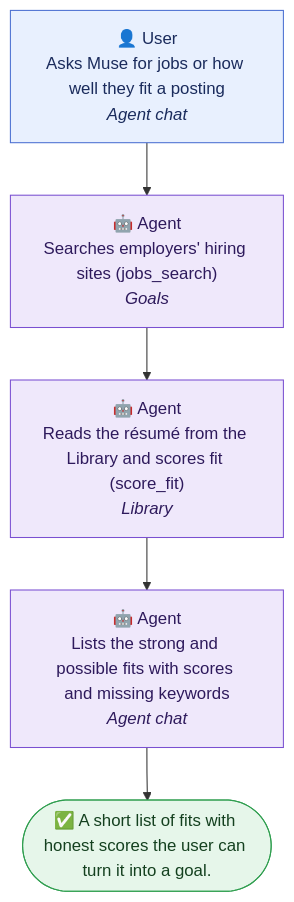
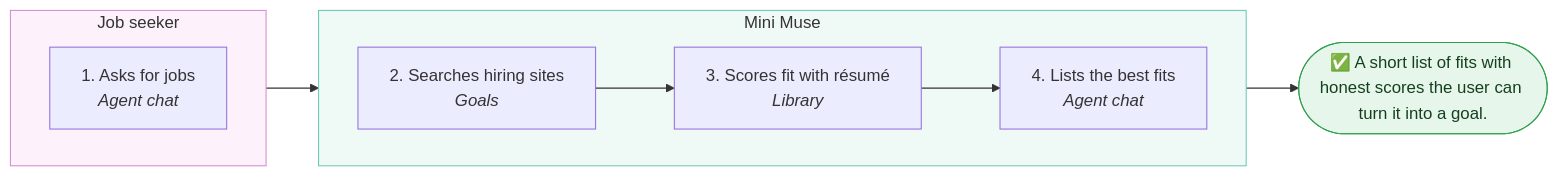
One commit to lngsa1234/mini-muse-mvp changed the second of 6 diagrams in docs/product/baseline.md. Above: the diagram before and after it, drawn with Mermaid. The commit also changed other lines of this file and 1 other file, not shown here.

First line of the commit message:
docs: journeys as swimlanes in the product baseline (AgentForge plugin 0.4.2)

````diff
--- a/docs/product/baseline.md
+++ b/docs/product/baseline.md
@@ -108,22 +112,23 @@
 ```mermaid
-flowchart TD
-  s1["👤 User<br/>Asks Muse for jobs or how well they fit a posting<br/><i>Agent chat</i>"]
-  class s1 user
-  s2["🤖 Agent<br/>Searches employers' hiring sites (jobs_search)<br/><i>Goals</i>"]
-  class s2 agent
+flowchart LR
+  subgraph user_lane["Job seeker"]
+    direction LR
+    s1["1. Asks for jobs<br/><i>Agent chat</i>"]
+  end
+  subgraph agent_lane["Mini Muse"]
+    direction LR
+    s2["2. Searches hiring sites<br/><i>Goals</i>"]
+    s3["3. Scores fit with résumé<br/><i>Library</i>"]
+    s4["4. Lists the best fits<br/><i>Agent chat</i>"]
+  end
   s1 --> s2
-  s3["🤖 Agent<br/>Reads the résumé from the Library and scores fit (score_fit)<br/><i>Library</i>"]
-  class s3 agent
   s2 --> s3
-  s4["🤖 Agent<br/>Lists the strong and possible fits with scores and missing keywords<br/><i>Agent chat</i>"]
-  class s4 agent
   s3 --> s4
   done(["✅ A short list of fits with honest scores the user can turn it into a goal."])
   s4 --> done
-  class done outcome
-  classDef user fill:#e8f0fe,stroke:#4a6fd1,color:#1a2b5c
-  classDef agent fill:#efe8fb,stroke:#7a4fd1,color:#2e1a5c
-  classDef system fill:#f1f1f1,stroke:#888,color:#333
   classDef approval fill:#fff4e0,stroke:#d18a1f,color:#5c3a00
   classDef outcome fill:#e6f6ea,stroke:#2f9e4f,color:#14401f
+  style user_lane fill:#fdf2fb,stroke:#d58ad0
+  style agent_lane fill:#effaf7,stroke:#6cc9b4
+  class done outcome
 ```
````
